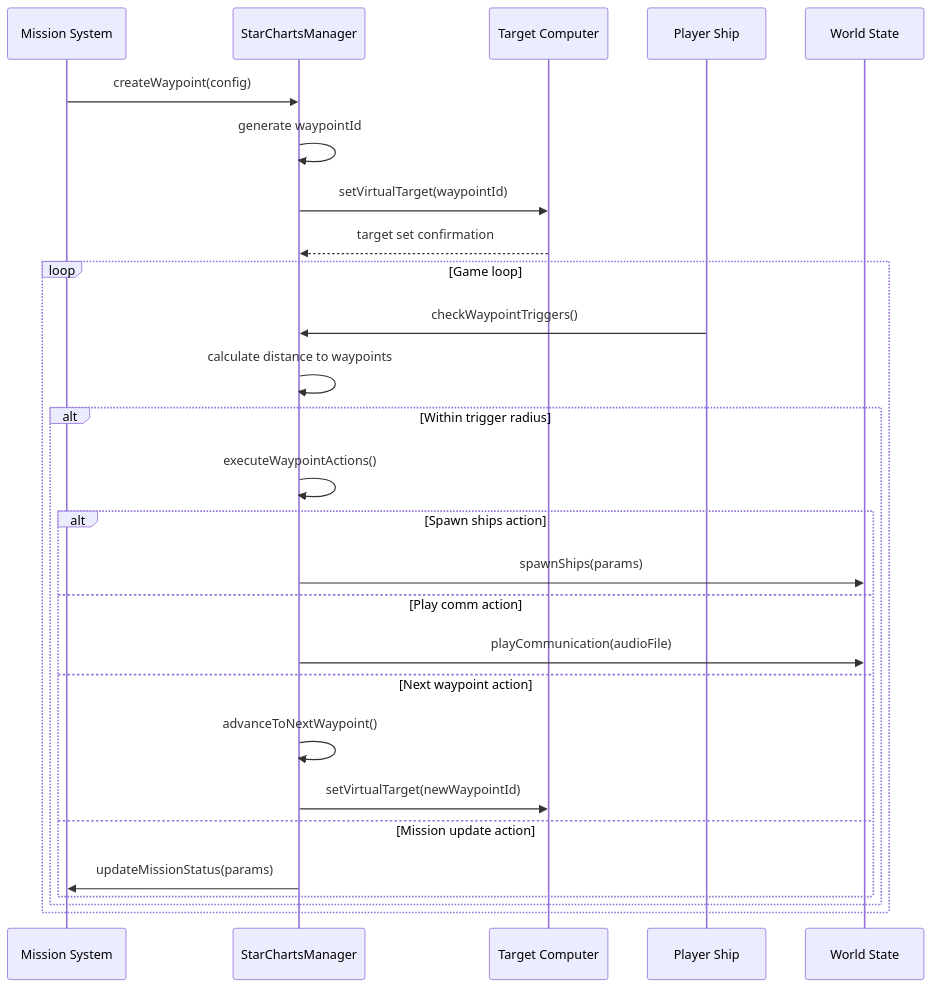
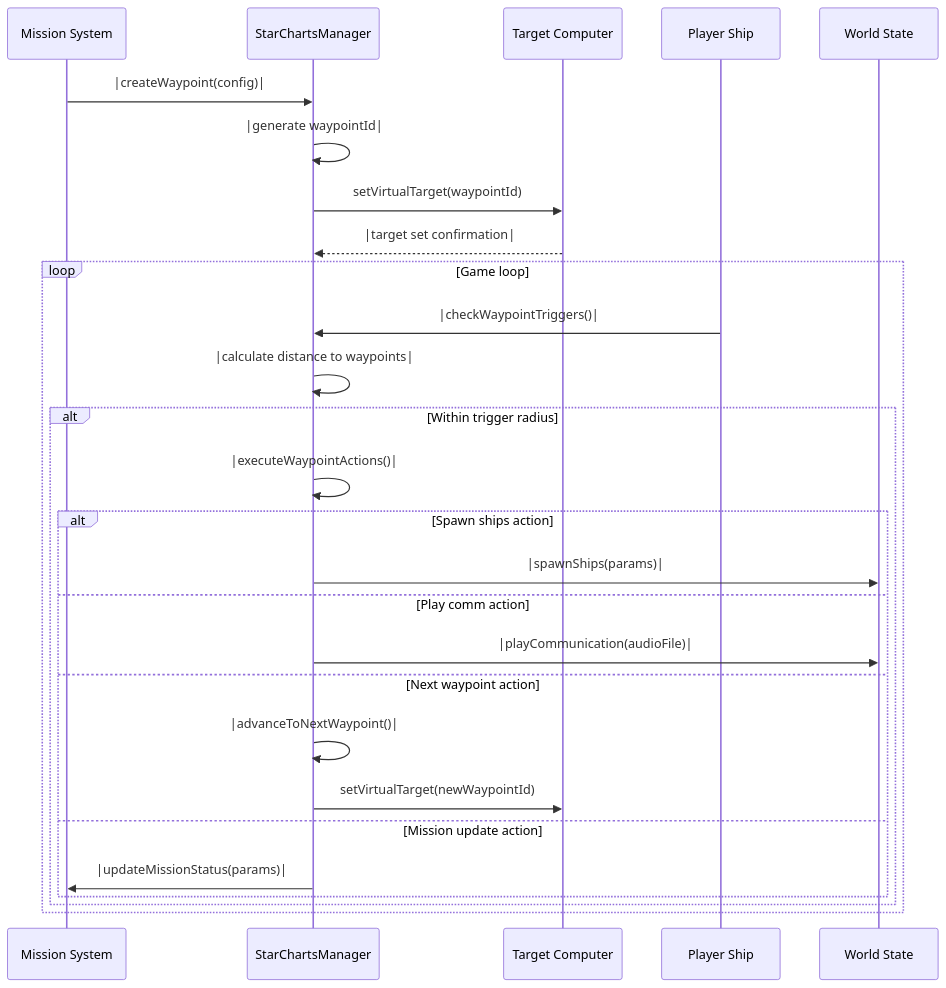
One commit to thoracle/planetz changed the fifth of 7 diagrams in docs/star_charts_system_spec.md. Above: the diagram before and after it, drawn with Mermaid. The commit also changed other lines of this file, not shown here.

Commit message:
Fix Mermaid diagram syntax errors in Star Charts specification
✅ Fix Component Interaction Diagram edge labels
- MS -.-> SCM: |waypoint creation|
- TC -.-> SCM: |virtual target support|
- SF -.-> SCR: |3D rendering data|

✅ Fix Target Selection Flow sequence diagram
- DB-->>SCM: |return object data|
- TC-->>SCM: |target set successfully|
- TC-->>SCM: |virtual target set|
- SCUI-->>User: |Show targeting confirmation|

✅ Fix Discovery Flow sequence diagram
- DB-->>SCM: |return object list|
- SP-->>SCM: |confirmation|

✅ Fix Waypoint Creation & Trigger sequence diagram
- MS->>SCM: |createWaypoint(config)|
- SCM->>SCM: |generate waypointId|
- TC-->>SCM: |target set confirmation|
- PS->>SCM: |checkWaypointTriggers()|
- SCM->>SCM: |calculate distance to waypoints|
- SCM->>SCM: |executeWaypointActions()|
- SCM->>WS: |spawnShips(params)|
- SCM->>WS: |playCommunication(audioFile)|
- SCM->>SCM: |advanceToNextWaypoint()|
- SCM->>MS: |updateMissionStatus(params)|

✅ All Mermaid diagrams now use proper pipe syntax for edge labels
- No more parse errors in diagram preview
- All multi-word edge labels properly quoted
- Consistent formatting across all diagrams

````diff
--- a/docs/star_charts_system_spec.md
+++ b/docs/star_charts_system_spec.md
@@ -457,32 +457,32 @@
 ```mermaid
 sequenceDiagram
     participant MS as Mission System
     participant SCM as StarChartsManager
     participant TC as Target Computer
     participant PS as Player Ship
     participant WS as World State
 
-    MS->>SCM: createWaypoint(config)
-    SCM->>SCM: generate waypointId
+    MS->>SCM: |createWaypoint(config)|
+    SCM->>SCM: |generate waypointId|
     SCM->>TC: setVirtualTarget(waypointId)
-    TC-->>SCM: target set confirmation
+    TC-->>SCM: |target set confirmation|
 
     loop Game loop
-        PS->>SCM: checkWaypointTriggers()
-        SCM->>SCM: calculate distance to waypoints
+        PS->>SCM: |checkWaypointTriggers()|
+        SCM->>SCM: |calculate distance to waypoints|
 
         alt Within trigger radius
-            SCM->>SCM: executeWaypointActions()
+            SCM->>SCM: |executeWaypointActions()|
             alt Spawn ships action
-                SCM->>WS: spawnShips(params)
+                SCM->>WS: |spawnShips(params)|
             else Play comm action
-                SCM->>WS: playCommunication(audioFile)
+                SCM->>WS: |playCommunication(audioFile)|
             else Next waypoint action
-                SCM->>SCM: advanceToNextWaypoint()
+                SCM->>SCM: |advanceToNextWaypoint()|
                 SCM->>TC: setVirtualTarget(newWaypointId)
             else Mission update action
-                SCM->>MS: updateMissionStatus(params)
+                SCM->>MS: |updateMissionStatus(params)|
             end
         end
     end
 ```
````
